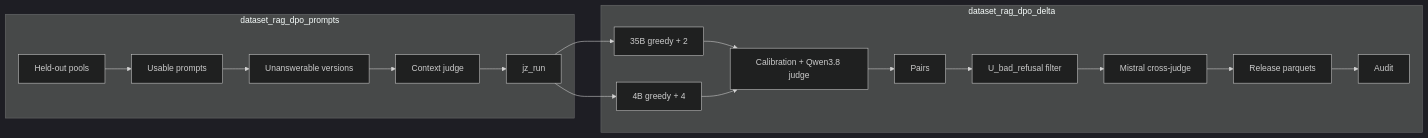
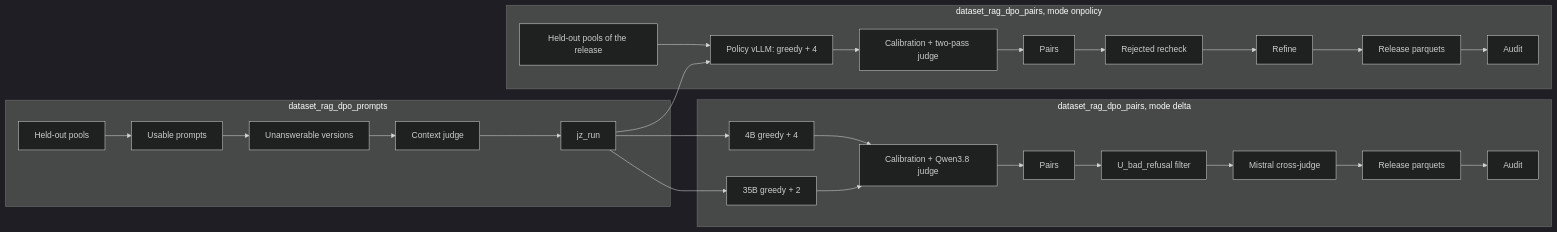
The diagram in data/processing/posttraining/dataset_rag/airflow/DPO.md (OpenLLM-France/Luciole-Training), drawn with Mermaid (dark theme) before and after one commit. The commit also changed other lines of this file and 14 other files, not shown here.

First line of the commit message:
Generate on-policy DPO pairs in a pairs DAG with a delta / onpolicy mode

````diff
--- a/data/processing/posttraining/dataset_rag/airflow/DPO.md
+++ b/data/processing/posttraining/dataset_rag/airflow/DPO.md
@@ -7,11 +14,16 @@
 ```mermaid
 flowchart LR
     subgraph dataset_rag_dpo_prompts
     A[Held-out pools] --> B[Usable prompts] --> C[Unanswerable versions] --> D[Context judge] --> E[jz_run]
     end
-    subgraph dataset_rag_dpo_delta
+    subgraph "dataset_rag_dpo_pairs, mode delta"
     E --> F[35B greedy + 2] & G[4B greedy + 4]
     F & G --> H[Calibration + Qwen3.8 judge]
     H --> I[Pairs] --> J[U_bad_refusal filter] --> K[Mistral cross-judge] --> L[Release parquets] --> M[Audit]
     end
+    subgraph "dataset_rag_dpo_pairs, mode onpolicy"
+    E --> P[Policy vLLM: greedy + 4]
+    V[Held-out pools of the release] --> P
+    P --> Q[Calibration + two-pass judge] --> R[Pairs] --> S[Rejected recheck] --> T[Refine] --> U[Release parquets] --> M2[Audit]
+    end
 ```
````
